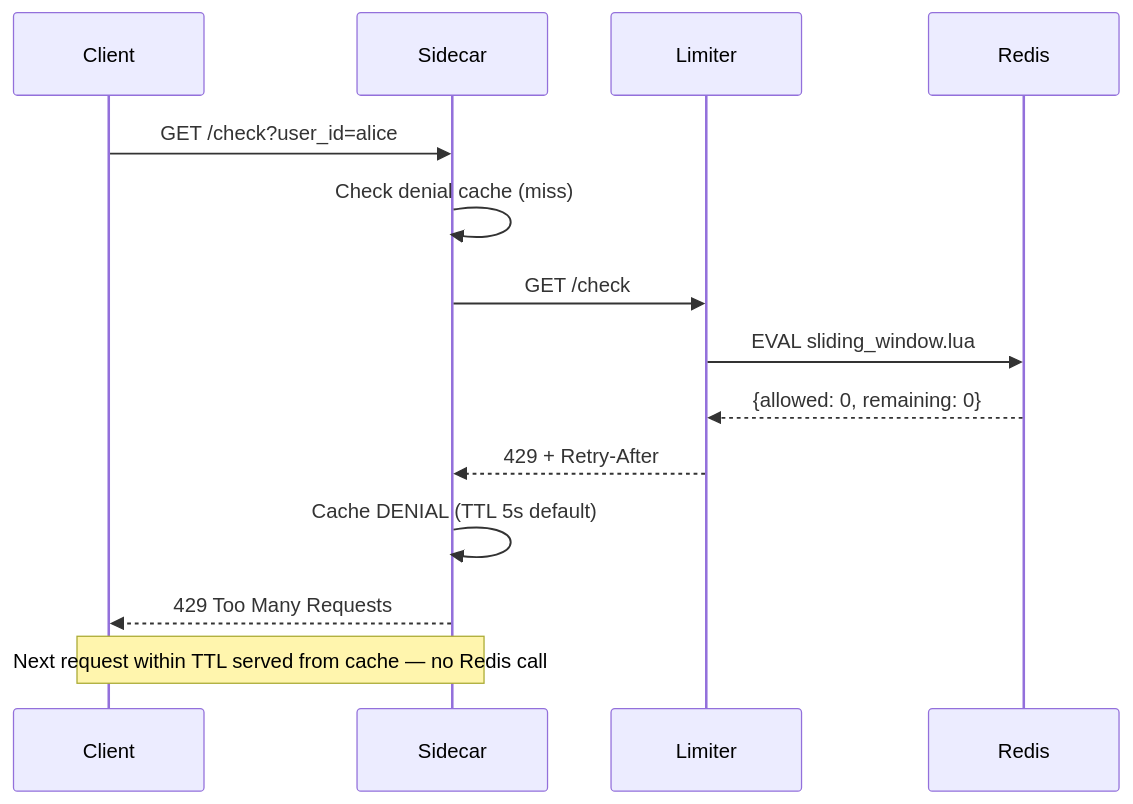
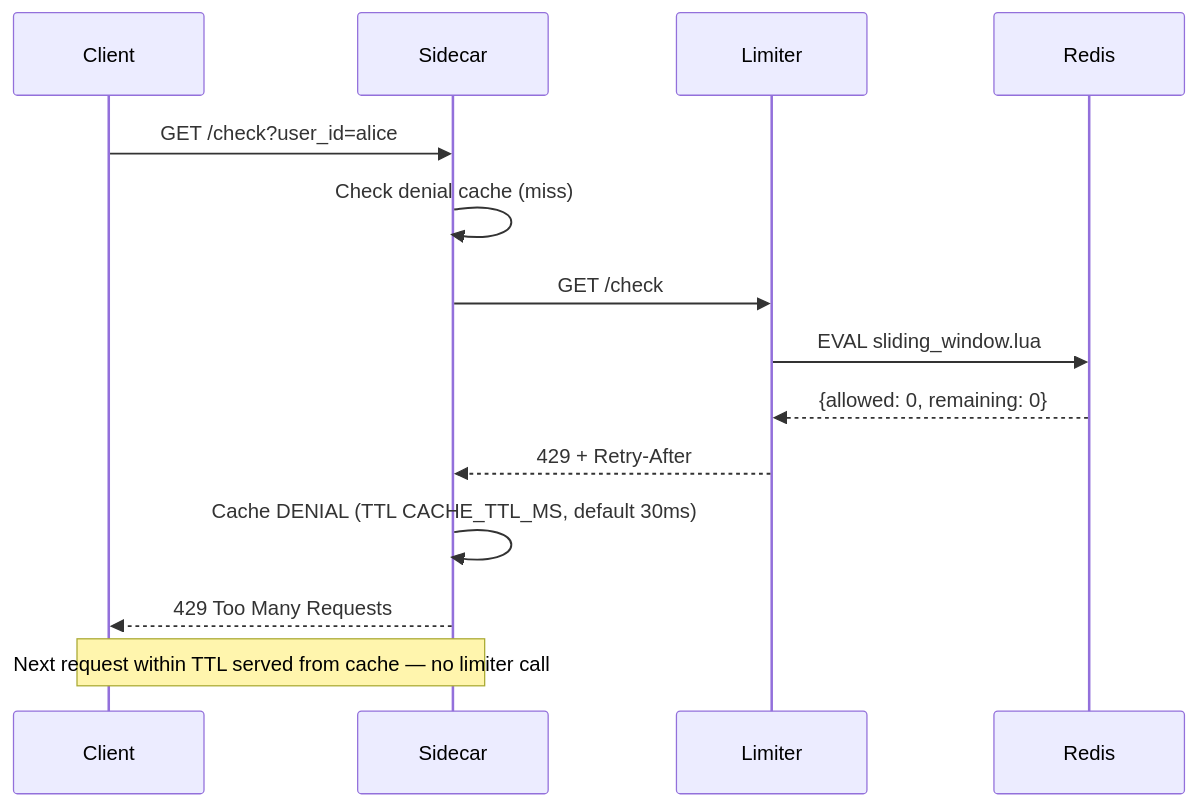
One commit to RUDRA-PRATAP-SINGH01/Distributed-rate-limiter changed the fourth of 21 diagrams in README.md. Above: the diagram before and after it, drawn with Mermaid. The commit also changed other lines of this file, not shown here.

````diff
--- a/README.md
+++ b/README.md
@@ -231,18 +245,18 @@
 ```mermaid
 sequenceDiagram
     participant C as Client
     participant S as Sidecar
     participant L as Limiter
     participant R as Redis
 
     C->>S: GET /check?user_id=alice
     S->>S: Check denial cache (miss)
     S->>L: GET /check
     L->>R: EVAL sliding_window.lua
     R-->>L: {allowed: 0, remaining: 0}
     L-->>S: 429 + Retry-After
-    S->>S: Cache DENIAL (TTL 5s default)
+    S->>S: Cache DENIAL (TTL CACHE_TTL_MS, default 30ms)
     S-->>C: 429 Too Many Requests
 
-    Note over C,S: Next request within TTL served from cache — no Redis call
+    Note over C,S: Next request within TTL served from cache — no limiter call
 ```
````
